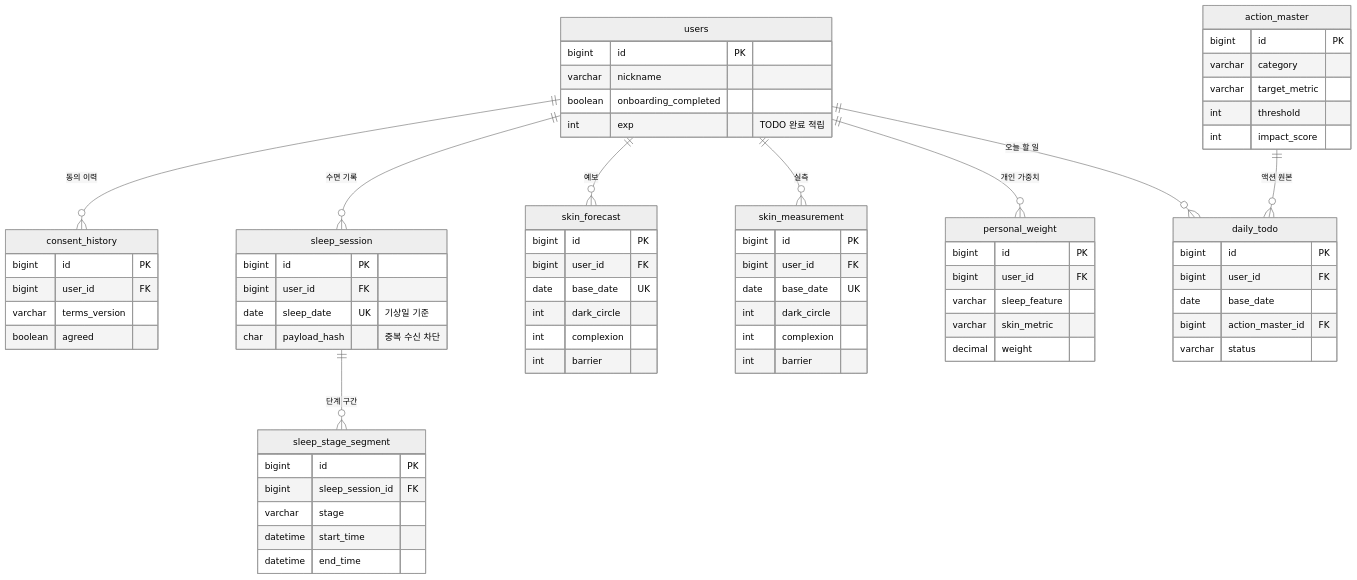
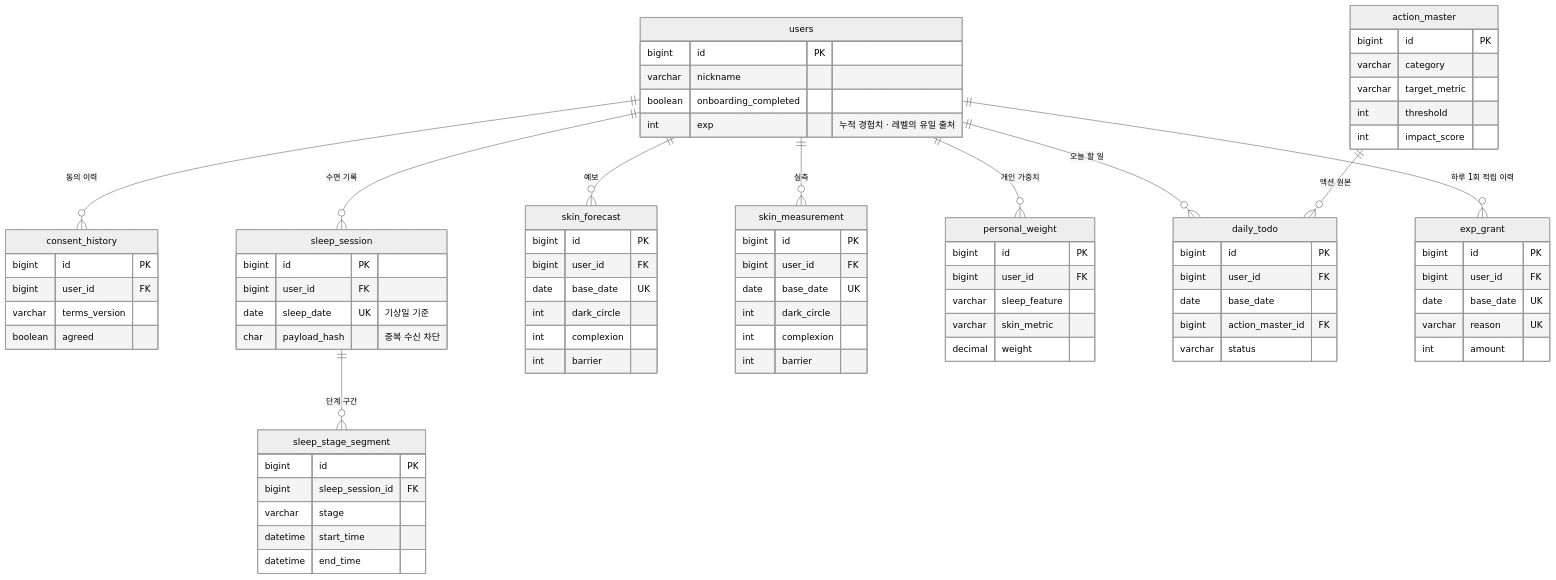
Before and after one commit to Sleep2Skin-project/Sleep2Skin_BE: the diagram in docs/erd.md, drawn with Mermaid (neutral theme). The commit also changed other lines of this file and 5 other files, not shown here.

````diff
--- a/docs/erd.md
+++ b/docs/erd.md
@@ -14,74 +14,82 @@
 ```mermaid
 erDiagram
     users ||--o{ consent_history : "동의 이력"
     users ||--o{ sleep_session : "수면 기록"
     users ||--o{ skin_forecast : "예보"
     users ||--o{ skin_measurement : "실측"
     users ||--o{ personal_weight : "개인 가중치"
     users ||--o{ daily_todo : "오늘 할 일"
+    users ||--o{ exp_grant : "하루 1회 적립 이력"
     sleep_session ||--o{ sleep_stage_segment : "단계 구간"
     action_master ||--o{ daily_todo : "액션 원본"
 
     users {
         bigint id PK
         varchar nickname
         boolean onboarding_completed
-        int exp "TODO 완료 적립"
+        int exp "누적 경험치 · 레벨의 유일 출처"
+    }
+    exp_grant {
+        bigint id PK
+        bigint user_id FK
+        date base_date UK
+        varchar reason UK
+        int amount
     }
     consent_history {
         bigint id PK
         bigint user_id FK
         varchar terms_version
         boolean agreed
     }
     sleep_session {
         bigint id PK
         bigint user_id FK
         date sleep_date UK "기상일 기준"
         char payload_hash "중복 수신 차단"
     }
     sleep_stage_segment {
         bigint id PK
         bigint sleep_session_id FK
         varchar stage
         datetime start_time
         datetime end_time
     }
     skin_forecast {
         bigint id PK
         bigint user_id FK
         date base_date UK
         int dark_circle
         int complexion
         int barrier
     }
     skin_measurement {
         bigint id PK
         bigint user_id FK
         date base_date UK
         int dark_circle
         int complexion
         int barrier
     }
     personal_weight {
         bigint id PK
         bigint user_id FK
         varchar sleep_feature
         varchar skin_metric
         decimal weight
     }
     action_master {
         bigint id PK
         varchar category
         varchar target_metric
         int threshold
         int impact_score
     }
     daily_todo {
         bigint id PK
         bigint user_id FK
         date base_date
         bigint action_master_id FK
         varchar status
     }
 ```
````
